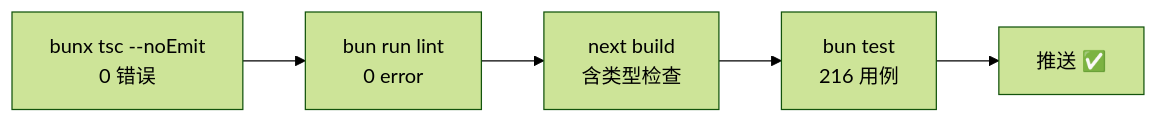
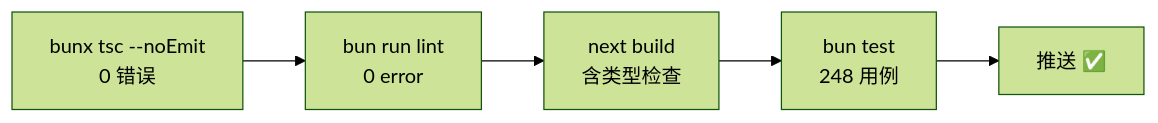
One commit to YYC-Cube/YYC3-Baby changed the diagram in docs/developer/07-testing-quality.md. Above: the diagram before and after it, drawn with Mermaid (forest theme). The commit also changed other lines of this file and 14 other files, not shown here.

````diff
--- a/docs/developer/07-testing-quality.md
+++ b/docs/developer/07-testing-quality.md
@@ -5,4 +5,4 @@
 ```mermaid
 flowchart LR
-    T["bunx tsc --noEmit<br/>0 错误"] --> L["bun run lint<br/>0 error"] --> B["next build<br/>含类型检查"] --> U["bun test<br/>216 用例"] --> P["推送 ✅"]
+    T["bunx tsc --noEmit<br/>0 错误"] --> L["bun run lint<br/>0 error"] --> B["next build<br/>含类型检查"] --> U["bun test<br/>248 用例"] --> P["推送 ✅"]
 ```
````
